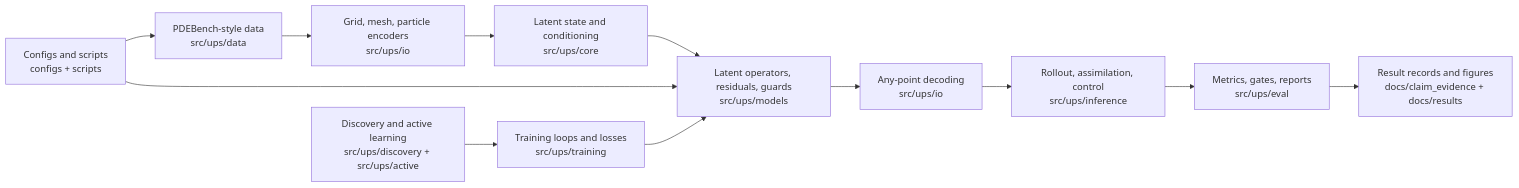
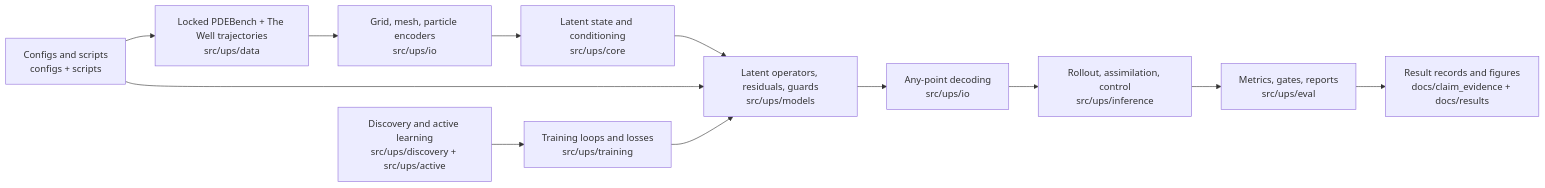
Before and after one commit to emgun/universal_simulator: the diagram in README.md, drawn with Mermaid. The commit also changed other lines of this file and 178 other files, not shown here.

Commit message:
Replace contaminated data paths with locked universal protocol pipeline

````diff
--- a/README.md
+++ b/README.md
@@ -29,15 +40,15 @@
 ```mermaid
 flowchart LR
-  data["PDEBench-style data<br/>src/ups/data"] --> enc["Grid, mesh, particle encoders<br/>src/ups/io"]
+  data["Locked PDEBench + The Well trajectories<br/>src/ups/data"] --> enc["Grid, mesh, particle encoders<br/>src/ups/io"]
   enc --> core["Latent state and conditioning<br/>src/ups/core"]
   core --> models["Latent operators, residuals, guards<br/>src/ups/models"]
   models --> dec["Any-point decoding<br/>src/ups/io"]
   dec --> rollout["Rollout, assimilation, control<br/>src/ups/inference"]
   rollout --> eval["Metrics, gates, reports<br/>src/ups/eval"]
   eval --> records["Result records and figures<br/>docs/claim_evidence + docs/results"]
 
   configs["Configs and scripts<br/>configs + scripts"] --> data
   configs --> models
   train["Training loops and losses<br/>src/ups/training"] --> models
   discovery["Discovery and active learning<br/>src/ups/discovery + src/ups/active"] --> train
 ```
````
